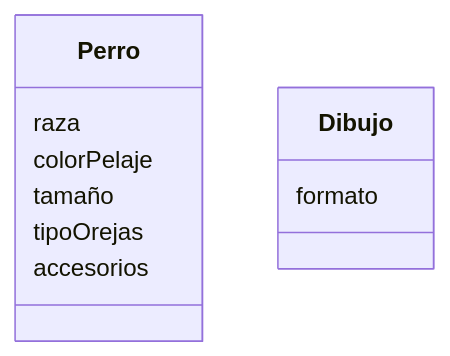
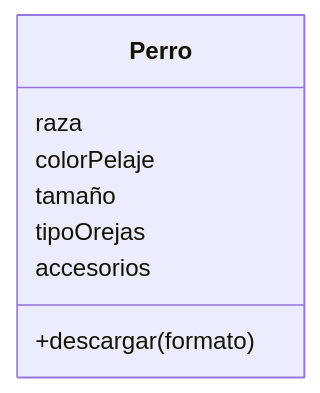
The diagram in retos_sesion_01/ejercicio_03.md (Dennis-Flores-H/psg-oop-2025), drawn with Mermaid before and after one commit. The commit also changed other lines of this file, not shown here.

````diff
--- a/retos_sesion_01/ejercicio_03.md
+++ b/retos_sesion_01/ejercicio_03.md
@@ -58,13 +50,11 @@
 ```mermaid
 classDiagram
-    class Perro {
+     class Perro {
         raza
         colorPelaje
         tamaño
         tipoOrejas
         accesorios
-    }
-    class Dibujo {
-        formato
+        +descargar(formato)
     }
 ```
````
